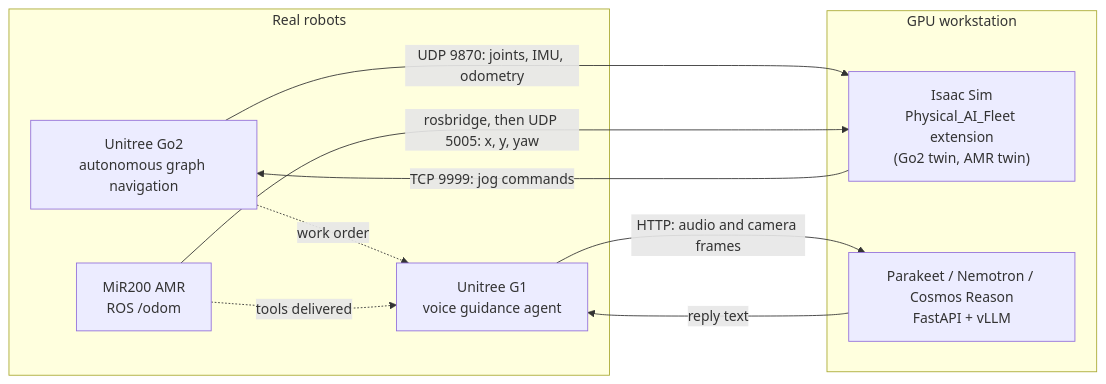
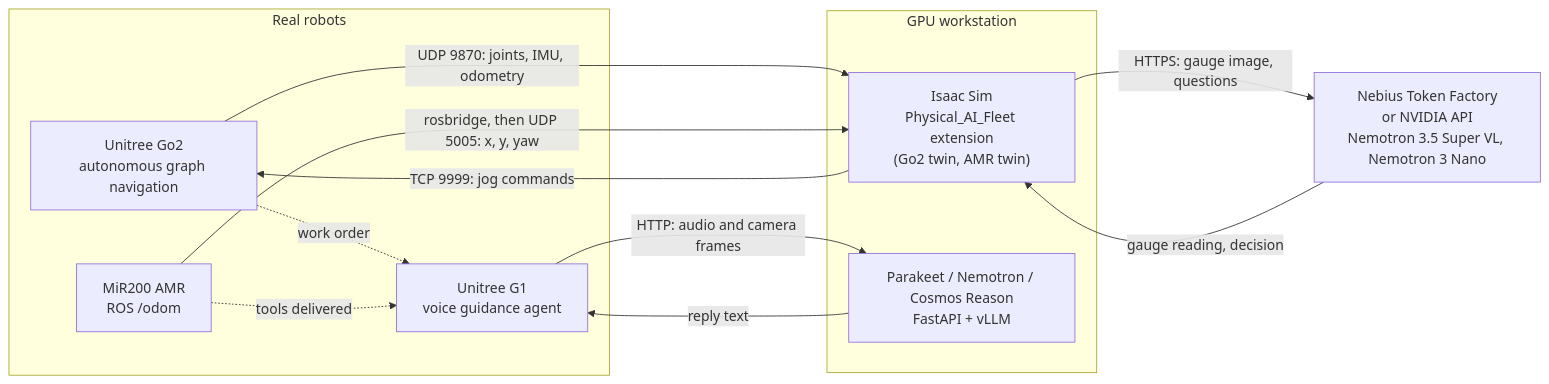
The diagram in README.md (Chandra-2319/Multi_Agent_Physical_AI_Fleet_Twin), drawn with Mermaid before and after one commit. The commit also changed other lines of this file, not shown here.

````diff
--- a/README.md
+++ b/README.md
@@ -23,22 +106,26 @@
 ```mermaid
 flowchart LR
   subgraph REAL["Real robots"]
     GO2["Unitree Go2<br/>autonomous graph navigation"]
     AMR["MiR200 AMR<br/>ROS /odom"]
     G1["Unitree G1<br/>voice guidance agent"]
   end
 
   subgraph WS["GPU workstation"]
     SIM["Isaac Sim<br/>Physical_AI_Fleet extension<br/>(Go2 twin, AMR twin)"]
     AI["Parakeet / Nemotron / Cosmos Reason<br/>FastAPI + vLLM"]
   end
 
+  CLOUD["Nebius Token Factory<br/>or NVIDIA API<br/>Nemotron 3.5 Super VL, Nemotron 3 Nano"]
+
   GO2 -- "UDP 9870: joints, IMU, odometry" --> SIM
   SIM -- "TCP 9999: jog commands" --> GO2
   AMR -- "rosbridge, then UDP 5005: x, y, yaw" --> SIM
+  SIM -- "HTTPS: gauge image, questions" --> CLOUD
+  CLOUD -- "gauge reading, decision" --> SIM
   G1 -- "HTTP: audio and camera frames" --> AI
   AI -- "reply text" --> G1
 
   GO2 -. "work order" .-> G1
   AMR -. "tools delivered" .-> G1
 ```
````
